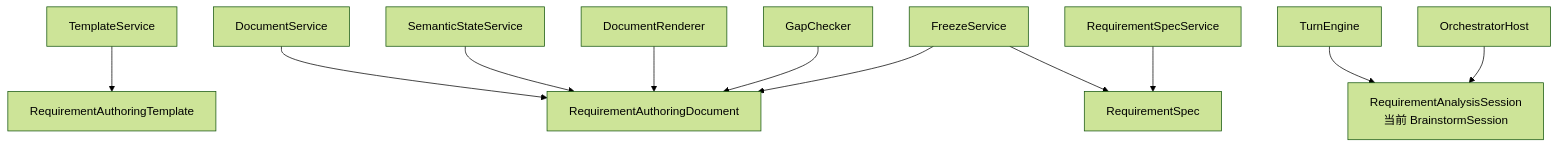
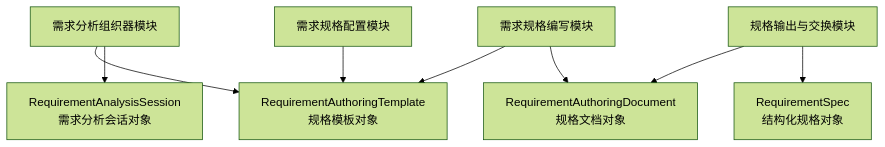
The seventh of 9 diagrams in DOC/CODEX_DOC/02_设计说明/P2_需求分析系统/P2-需求分析系统设计.md (wgwtest/CodeFactoryV2), drawn with Mermaid (forest theme) before and after one commit. The commit also changed other lines of this file and 2 other files, not shown here.

````diff
--- a/DOC/CODEX_DOC/02_设计说明/P2_需求分析系统/P2-需求分析系统设计.md
+++ b/DOC/CODEX_DOC/02_设计说明/P2_需求分析系统/P2-需求分析系统设计.md
@@ -963,28 +948,20 @@
 ```mermaid
 flowchart TB
-  Template["RequirementAuthoringTemplate"]
-  Document["RequirementAuthoringDocument"]
-  Session["RequirementAnalysisSession<br/>当前 BrainstormSession"]
-  Spec["RequirementSpec"]
+  Template["RequirementAuthoringTemplate<br/>规格模板对象"]
+  Document["RequirementAuthoringDocument<br/>规格文档对象"]
+  Session["RequirementAnalysisSession<br/>需求分析会话对象"]
+  Spec["RequirementSpec<br/>结构化规格对象"]
 
-  TemplateService["TemplateService"]
-  DocumentService["DocumentService"]
-  SemanticStateService["SemanticStateService"]
-  Renderer["DocumentRenderer"]
-  GapChecker["GapChecker"]
-  FreezeService["FreezeService"]
-  TurnEngine["TurnEngine"]
-  OrchestratorHost["OrchestratorHost"]
-  SpecService["RequirementSpecService"]
+  TemplateModule["需求规格配置模块"]
+  AuthoringModule["需求规格编写模块"]
+  AnalysisModule["需求分析组织器模块"]
+  ExchangeModule["规格输出与交换模块"]
 
-  TemplateService --> Template
-  DocumentService --> Document
-  SemanticStateService --> Document
-  Renderer --> Document
-  GapChecker --> Document
-  FreezeService --> Document
-  FreezeService --> Spec
-  TurnEngine --> Session
-  OrchestratorHost --> Session
-  SpecService --> Spec
+  TemplateModule --> Template
+  AuthoringModule --> Document
+  AuthoringModule --> Template
+  AnalysisModule --> Session
+  AnalysisModule --> Template
+  ExchangeModule --> Spec
+  ExchangeModule --> Document
 ```
````
